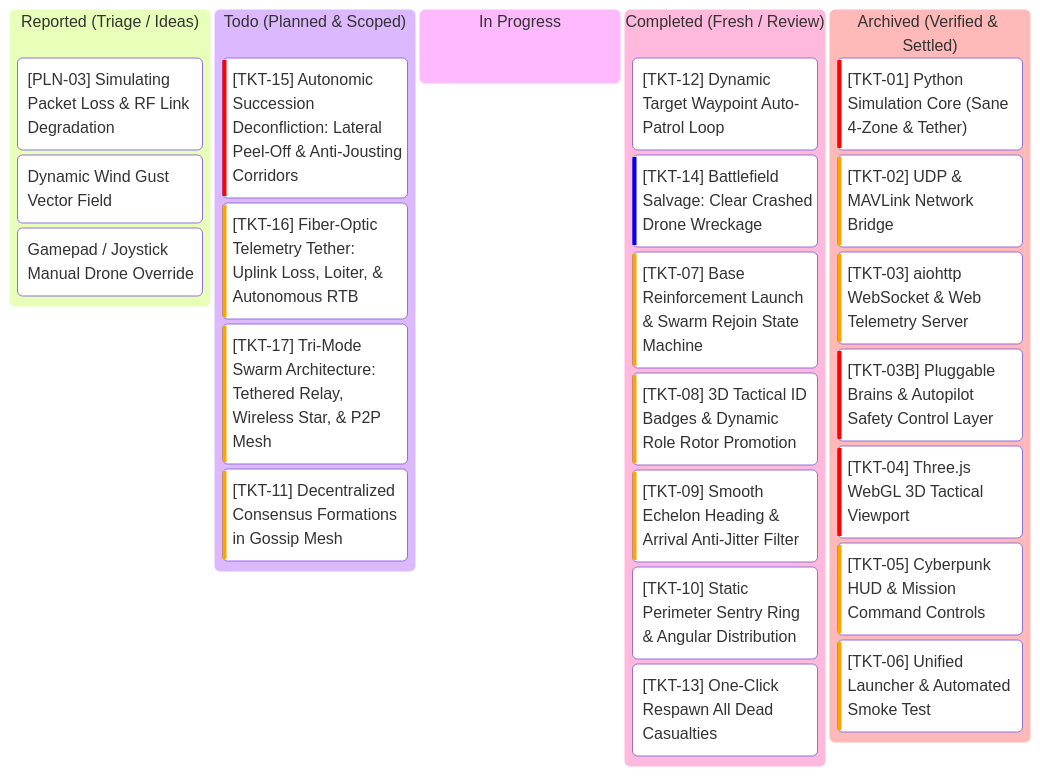
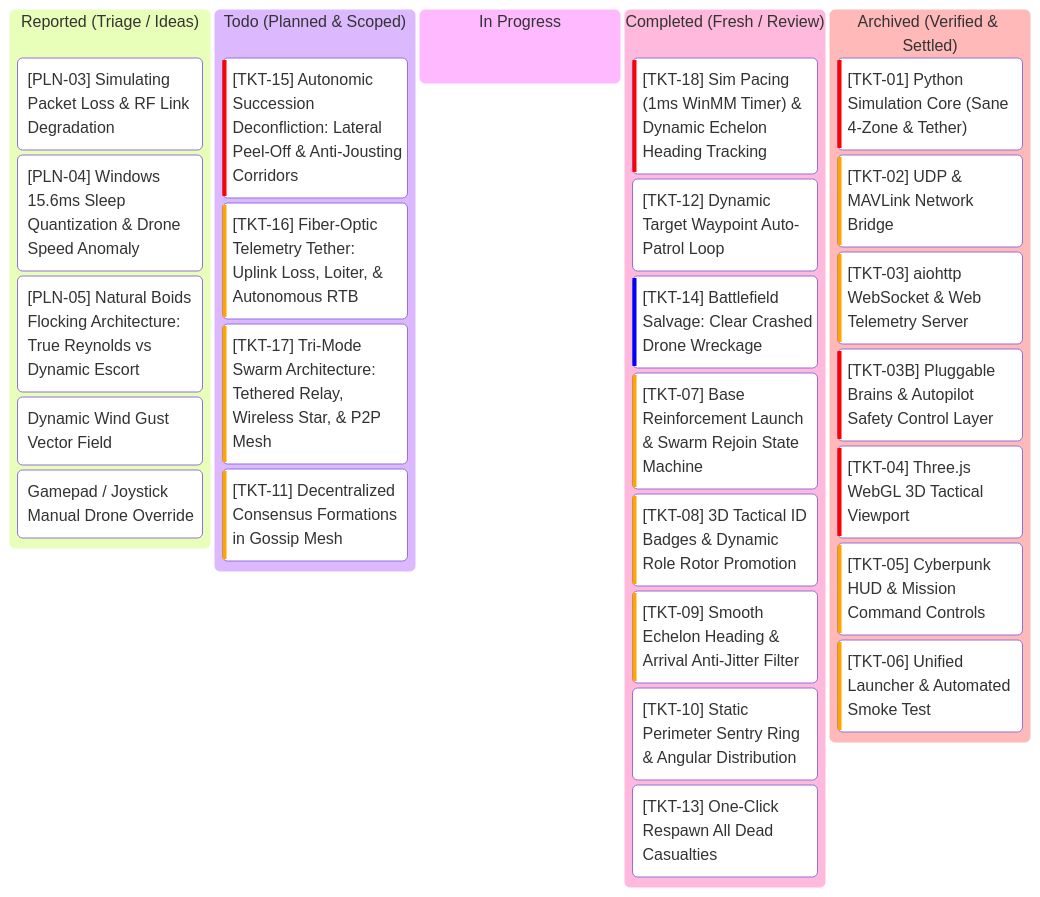
Before and after one commit to AlitheiaDeus/SwarmTech_v3-Uprising: the diagram in kanban.md, drawn with Mermaid. The commit also changed other lines of this file and 4 other files, not shown here.

First line of the commit message:
feat(sim): [TKT-18] 1ms WinMM pacing & dynamic echelon heading tracking

````diff
--- a/kanban.md
+++ b/kanban.md
@@ -7,29 +7,32 @@
 ```mermaid
 kanban
   reported["Reported (Triage / Ideas)"]
     pln3["[PLN-03] Simulating Packet Loss & RF Link Degradation"]
+    pln4["[PLN-04] Windows 15.6ms Sleep Quantization & Drone Speed Anomaly"]
+    pln5["[PLN-05] Natural Boids Flocking Architecture: True Reynolds vs Dynamic Escort"]
     idea1["Dynamic Wind Gust Vector Field"]
     idea2["Gamepad / Joystick Manual Drone Override"]
   todo["Todo (Planned & Scoped)"]
     tkt15["[TKT-15] Autonomic Succession Deconfliction: Lateral Peel-Off & Anti-Jousting Corridors"]@{ priority: 'Very High' }
     tkt16["[TKT-16] Fiber-Optic Telemetry Tether: Uplink Loss, Loiter, & Autonomous RTB"]@{ priority: 'High' }
     tkt17["[TKT-17] Tri-Mode Swarm Architecture: Tethered Relay, Wireless Star, & P2P Mesh"]@{ priority: 'High' }
     tkt11["[TKT-11] Decentralized Consensus Formations in Gossip Mesh"]@{ priority: 'High' }
   in_progress["In Progress"]
   completed["Completed (Fresh / Review)"]
+    tkt18["[TKT-18] Sim Pacing (1ms WinMM Timer) & Dynamic Echelon Heading Tracking"]@{ priority: 'Very High' }
     tkt12["[TKT-12] Dynamic Target Waypoint Auto-Patrol Loop"]@{ priority: 'Medium' }
     tkt14["[TKT-14] Battlefield Salvage: Clear Crashed Drone Wreckage"]@{ priority: 'Low' }
     tkt7["[TKT-07] Base Reinforcement Launch & Swarm Rejoin State Machine"]@{ priority: 'High' }
     tkt8["[TKT-08] 3D Tactical ID Badges & Dynamic Role Rotor Promotion"]@{ priority: 'High' }
     tkt9["[TKT-09] Smooth Echelon Heading & Arrival Anti-Jitter Filter"]@{ priority: 'High' }
     tkt10["[TKT-10] Static Perimeter Sentry Ring & Angular Distribution"]@{ priority: 'Medium' }
     tkt13["[TKT-13] One-Click Respawn All Dead Casualties"]@{ priority: 'Medium' }
   archived["Archived (Verified & Settled)"]
     tkt1["[TKT-01] Python Simulation Core (Sane 4-Zone & Tether)"]@{ priority: 'Very High' }
     tkt2["[TKT-02] UDP & MAVLink Network Bridge"]@{ priority: 'High' }
     tkt3["[TKT-03] aiohttp WebSocket & Web Telemetry Server"]@{ priority: 'High' }
     tkt3b["[TKT-03B] Pluggable Brains & Autopilot Safety Control Layer"]@{ priority: 'Very High' }
     tkt4["[TKT-04] Three.js WebGL 3D Tactical Viewport"]@{ priority: 'Very High' }
     tkt5["[TKT-05] Cyberpunk HUD & Mission Command Controls"]@{ priority: 'High' }
     tkt6["[TKT-06] Unified Launcher & Automated Smoke Test"]@{ priority: 'High' }
 ```
````
